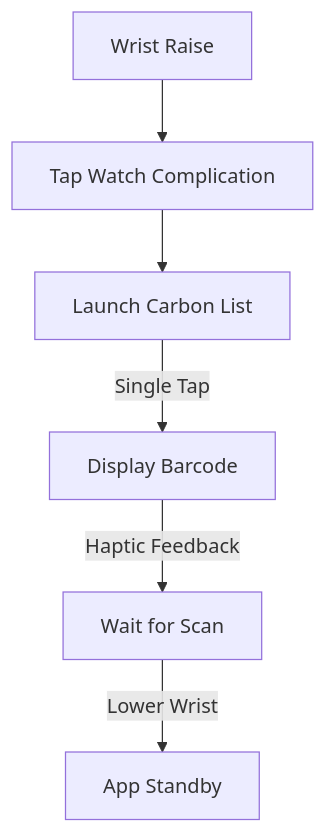
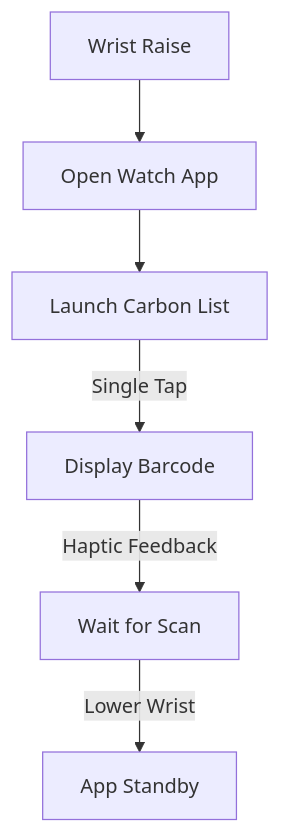
Before and after one commit to ifero/myLoyaltyCards: the first of 2 diagrams in docs/ux-design-specification.md, drawn with Mermaid. The commit also changed other lines of this file and 12 other files, not shown here.

````diff
--- a/docs/ux-design-specification.md
+++ b/docs/ux-design-specification.md
@@ -215,8 +254,8 @@
 ```mermaid
 graph TD
-    A[Wrist Raise] --> B[Tap Watch Complication]
+    A[Wrist Raise] --> B[Open Watch App]
     B --> C[Launch Carbon List]
     C -->|Single Tap| D[Display Barcode]
     D -->|Haptic Feedback| E[Wait for Scan]
     E -->|Lower Wrist| F[App Standby]
 ```
````
